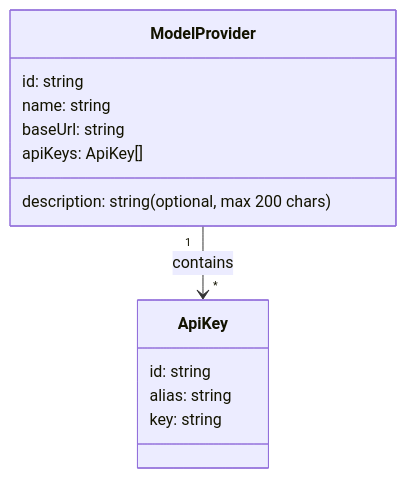
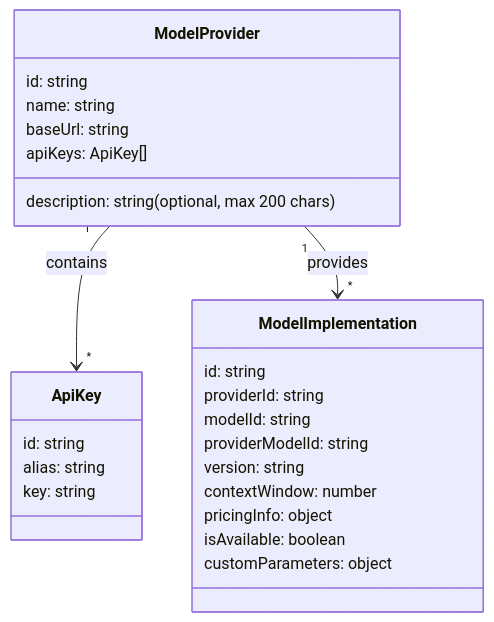
Before and after one commit to V1ki/MyAgent: the first of 3 diagrams in web/src/pages/ModelProviders/Readme.md, drawn with Mermaid. The commit also changed other lines of this file, not shown here.

Commit message:
Add ModelImplementation class and API key management flowchart to README

````diff
--- a/web/src/pages/ModelProviders/Readme.md
+++ b/web/src/pages/ModelProviders/Readme.md
@@ -4,18 +4,33 @@
 ```mermaid
 classDiagram
     class ModelProvider {
         id: string
         name: string
         baseUrl: string
         description: string (optional, max 200 chars)
         apiKeys: ApiKey[]
     }
     
     class ApiKey {
         id: string
         alias: string
         key: string
     }
     
+    class ModelImplementation {
+        id: string
+        providerId: string
+        modelId: string
+        providerModelId: string
+        version: string
+        contextWindow: number
+        pricingInfo: object
+        isAvailable: boolean
+        customParameters: object
+    }
+    
+    
     ModelProvider "1" --> "*" ApiKey : contains
+
+    ModelProvider "1" --> "*" ModelImplementation : provides
 ```
````
